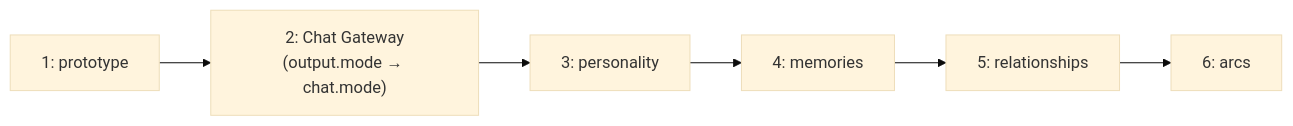
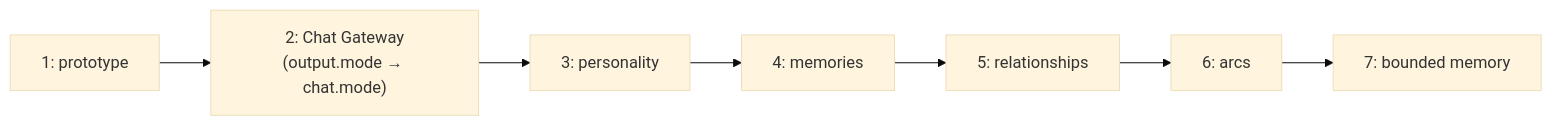
One commit to Finland6738/azeroth-unspoken changed diagram 17 of 19 in docs/ARCHITECTURE.md. Above: the diagram before and after it, drawn with Mermaid (base theme). The commit also changed other lines of this file and 32 other files, not shown here.

````diff
--- a/docs/ARCHITECTURE.md
+++ b/docs/ARCHITECTURE.md
@@ -647,8 +647,9 @@
 ```mermaid
 flowchart LR
     S1["1: prototype"] --> S2["2: Chat Gateway<br/>(output.mode → chat.mode)"]
     S2 --> S3["3: personality"]
     S3 --> S4["4: memories"]
     S4 --> S5["5: relationships"]
     S5 --> S6["6: arcs"]
+    S6 --> S7["7: bounded memory"]
 ```
````
